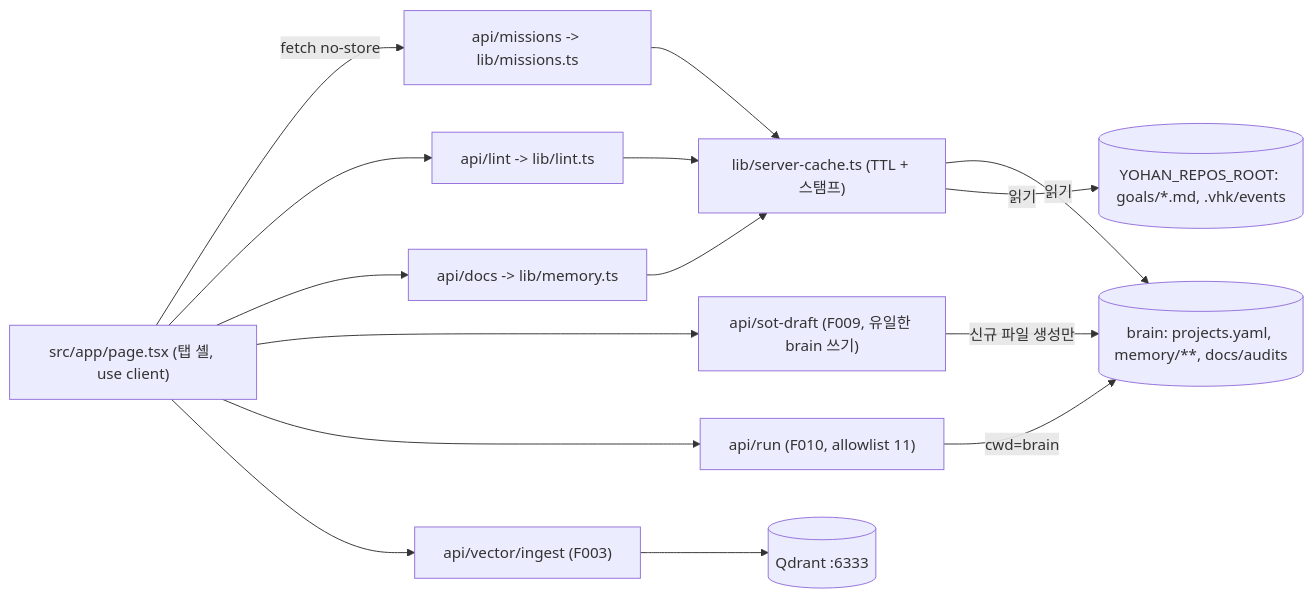
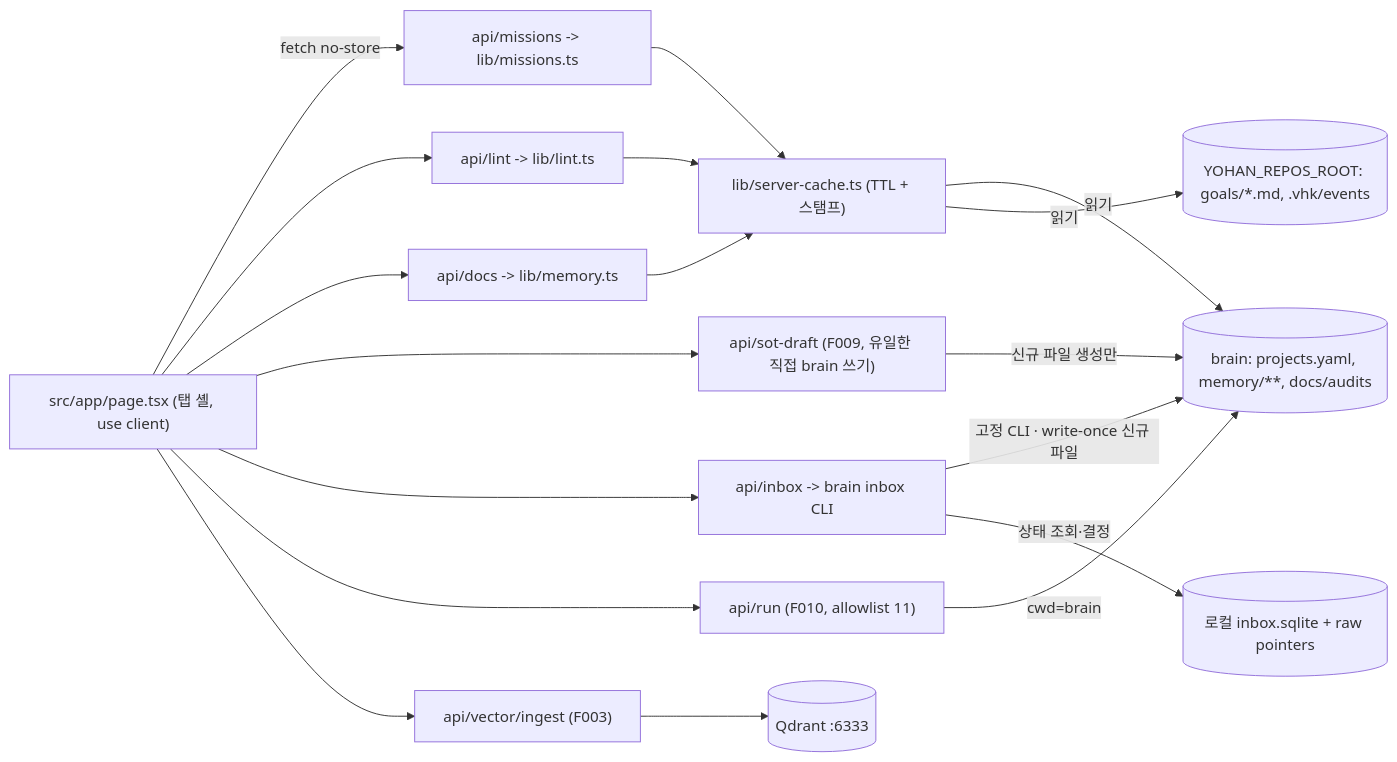
One commit to byh3071-cpu/yohan-control-tower changed the diagram in docs/ARCHITECTURE.md. Above: the diagram before and after it, drawn with Mermaid. The commit also changed other lines of this file and 17 other files, not shown here.

````diff
--- a/docs/ARCHITECTURE.md
+++ b/docs/ARCHITECTURE.md
@@ -75,28 +77,33 @@
 ```mermaid
 flowchart LR
   UI["src/app/page.tsx (탭 셸, use client)"]
   M["api/missions -> lib/missions.ts"]
   L["api/lint -> lib/lint.ts"]
   D["api/docs -> lib/memory.ts"]
-  S["api/sot-draft (F009, 유일한 brain 쓰기)"]
+  S["api/sot-draft (F009, 유일한 직접 brain 쓰기)"]
+  I["api/inbox -> brain inbox CLI"]
   R["api/run (F010, allowlist 11)"]
   V["api/vector/ingest (F003)"]
   CACHE["lib/server-cache.ts (TTL + 스탬프)"]
   BRAIN[("brain: projects.yaml, memory/**, docs/audits")]
+  INBOX[("로컬 inbox.sqlite + raw pointers")]
   REPOS[("YOHAN_REPOS_ROOT: goals/*.md, .vhk/events")]
   Q[("Qdrant :6333")]
   UI -->|fetch no-store| M
   UI --> L
   UI --> D
   UI --> S
+  UI --> I
   UI --> R
   UI --> V
   M --> CACHE
   L --> CACHE
   D --> CACHE
   CACHE -->|읽기| BRAIN
   CACHE -->|읽기| REPOS
   R -->|cwd=brain| BRAIN
   S -->|신규 파일 생성만| BRAIN
+  I -->|고정 CLI · write-once 신규 파일| BRAIN
+  I -->|상태 조회·결정| INBOX
   V --> Q
 ```
````
